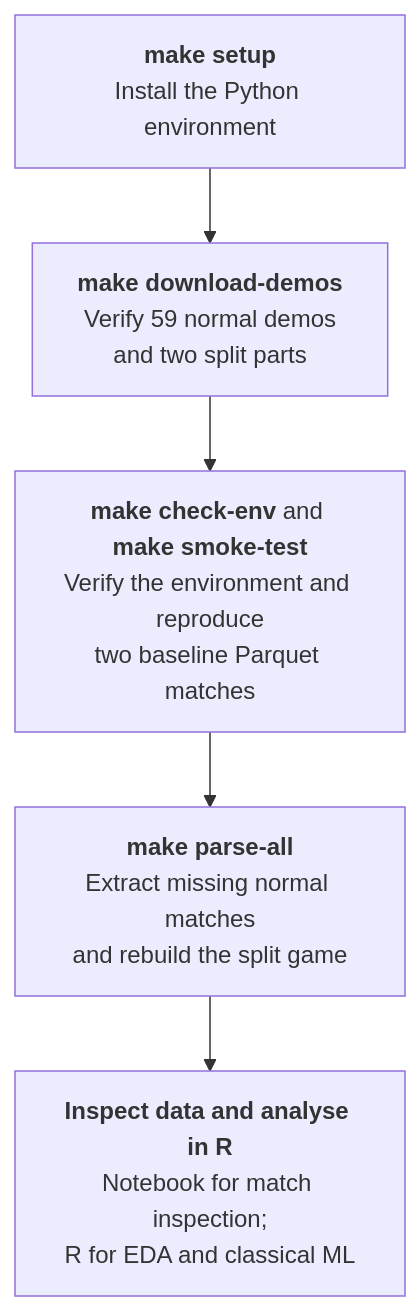
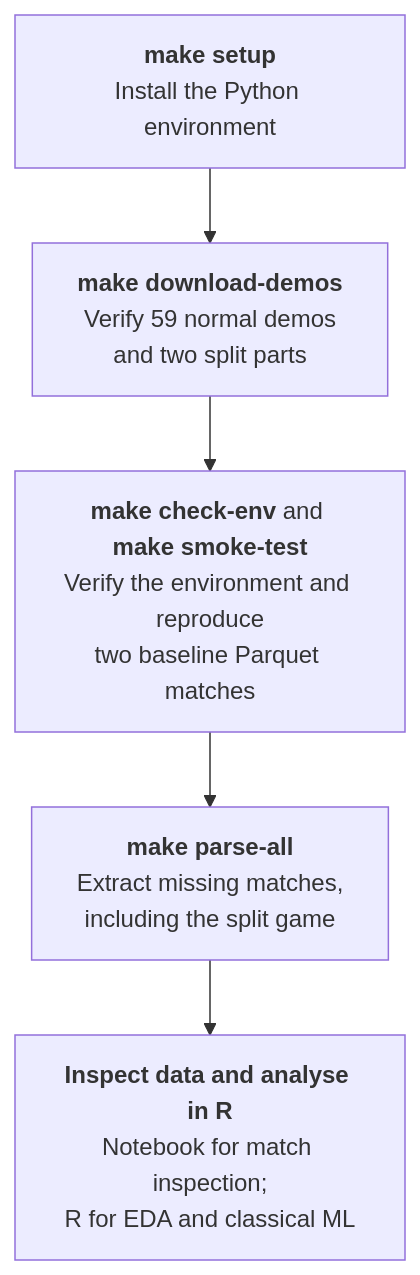
The diagram in README.md (00riddle00/cs2-rop), drawn with Mermaid before and after one commit. The commit also changed other lines of this file and 2 other files, not shown here.

First line of the commit message:
Skip existing split match unless forced, and quieten its output.

````diff
--- a/README.md
+++ b/README.md
@@ -94,10 +94,10 @@
 ```mermaid
 flowchart TD
     A["<b>make setup</b><br/>Install the Python environment"]
     B["<b>make download-demos</b><br/>Verify 59 normal demos<br/>and two split parts"]
     C["<b>make check-env</b> and <b>make smoke-test</b><br/>Verify the environment and reproduce<br/>two baseline Parquet matches"]
-    D["<b>make parse-all</b><br/>Extract missing normal matches<br/>and rebuild the split game"]
+    D["<b>make parse-all</b><br/>Extract missing matches,<br/>including the split game"]
     E["<b>Inspect data and analyse in R</b><br/>Notebook for match inspection;<br/>R for EDA and classical ML"]
 
     A --> B --> C --> D --> E
 ```
````
